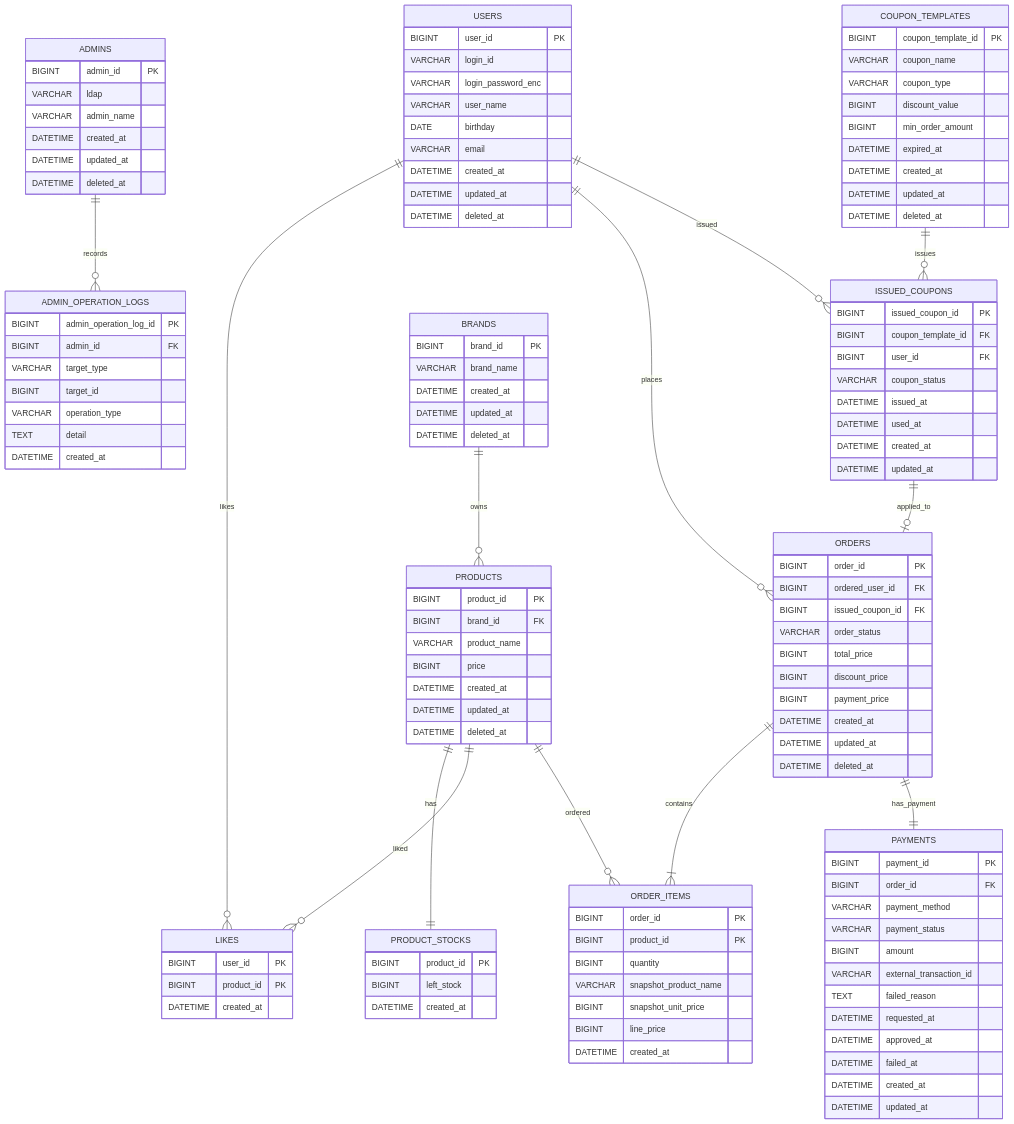
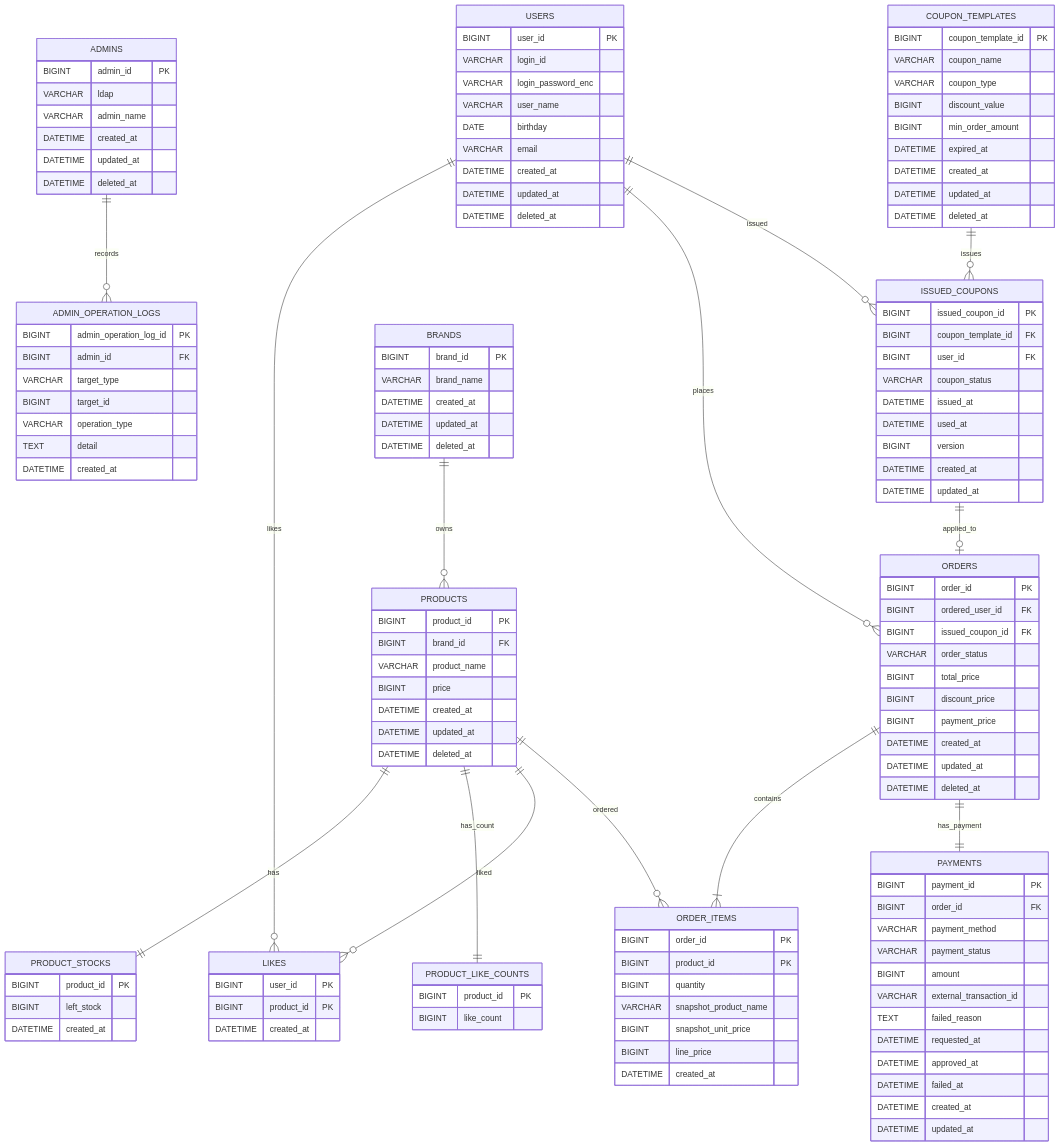
Before and after one commit to loopers-labs/loop-pack-be-l2-vol4-kotlin: the diagram in docs/design/04-erd.md, drawn with Mermaid. The commit also changed other lines of this file and 3 other files, not shown here.

```diff
--- a/docs/design/04-erd.md
+++ b/docs/design/04-erd.md
@@ -43,6 +46,7 @@
     COUPON_TEMPLATES ||--o{ ISSUED_COUPONS : issues
 
     PRODUCTS ||--|| PRODUCT_STOCKS : has
+    PRODUCTS ||--|| PRODUCT_LIKE_COUNTS : has_count
     PRODUCTS ||--o{ LIKES : liked
     PRODUCTS ||--o{ ORDER_ITEMS : ordered
 
@@ -95,6 +99,11 @@
         DATETIME created_at
     }
 
+    PRODUCT_LIKE_COUNTS {
+        BIGINT product_id PK
+        BIGINT like_count
+    }
+
     LIKES {
         BIGINT user_id PK
         BIGINT product_id PK
@@ -133,6 +142,7 @@
         VARCHAR coupon_status
         DATETIME issued_at
         DATETIME used_at
+        BIGINT version
         DATETIME created_at
         DATETIME updated_at
     }
```
